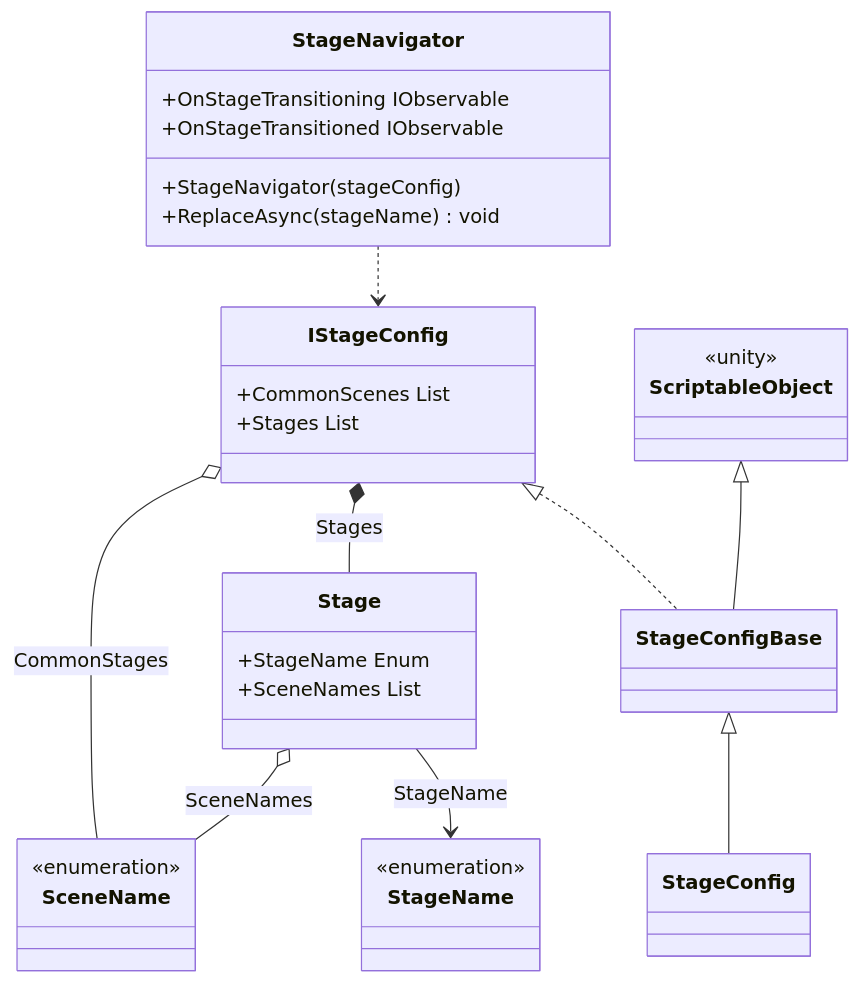
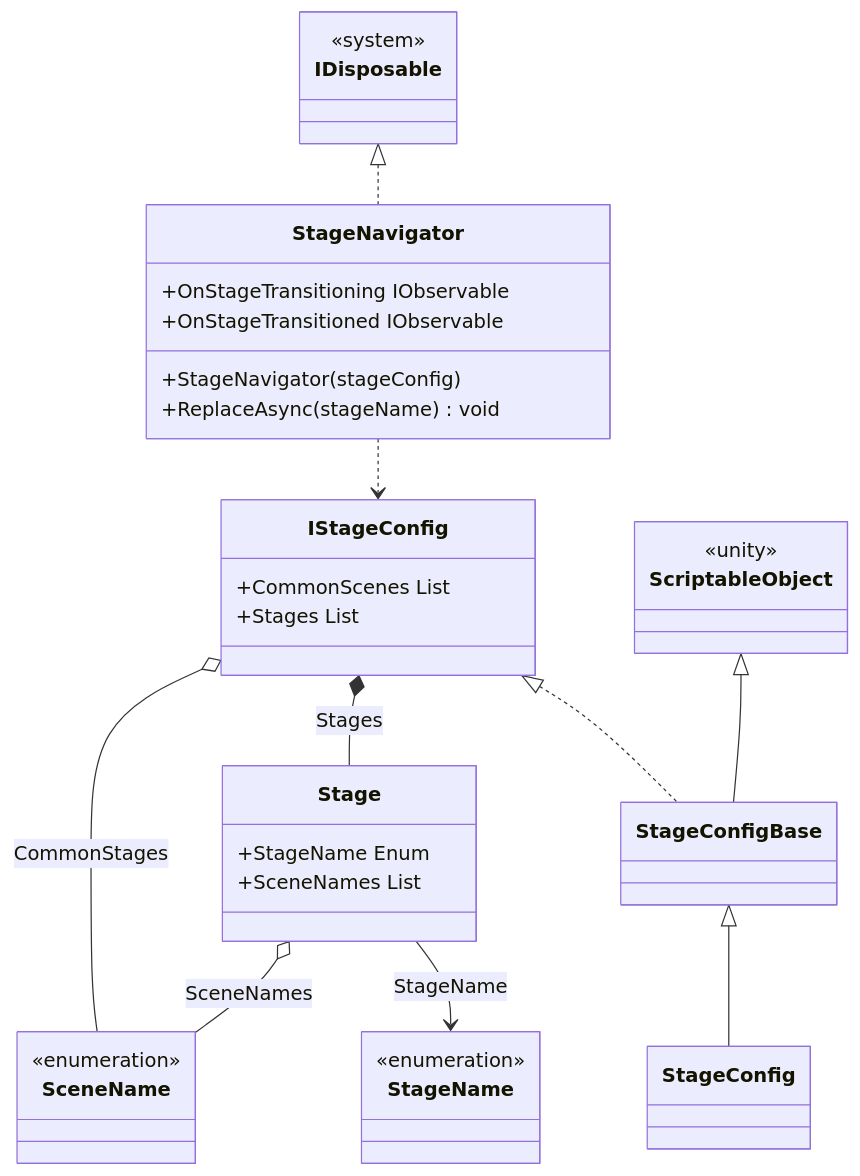
The diagram in docs/core/stage-navigation.md (extreal-dev/Extreal.Guide), drawn with Mermaid before and after one commit.

Commit message:
クラス図にIDisposableを追加

````diff
--- a/docs/core/stage-navigation.md
+++ b/docs/core/stage-navigation.md
@@ -27,48 +27,53 @@
 ```mermaid
 classDiagram
 
     StageNavigator ..> IStageConfig
     IStageConfig <|.. StageConfigBase
     StageConfigBase <|-- StageConfig
     ScriptableObject <|-- StageConfigBase
     IStageConfig *-- Stage : Stages
     IStageConfig o-- SceneName : CommonStages
     Stage --> StageName : StageName
     Stage o-- SceneName : SceneNames
+    IDisposable　<|.. StageNavigator
 
     class StageName {
         <<enumeration>>
     }
 
     class SceneName {
         <<enumeration>>
     }
 
     class StageConfig {
     }
 
     class StageNavigator {
         +OnStageTransitioning IObservable
         +OnStageTransitioned IObservable
         +StageNavigator(stageConfig)
         +ReplaceAsync(stageName) void
     }
 
     class IStageConfig {
         +CommonScenes List
         +Stages List
     }
 
     class StageConfigBase {
         
     }
 
     class ScriptableObject {
         <<unity>>
     }
 
     class Stage {
         +StageName Enum
         +SceneNames List
     }
+
+    class IDisposable {
+        <<system>>
+    }
 ```
````
